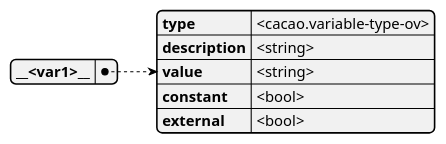
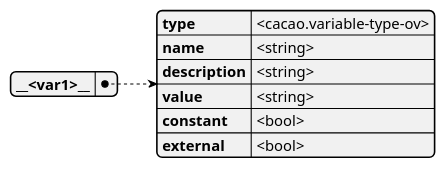
Diagram 13 of 19 in docs/content/en/docs/soarca-extensions/fin-protocol.md (COSSAS/SOARCA), drawn with PlantUML before and after one commit. The commit also changed other lines of this file, not shown here.

````diff
--- a/docs/content/en/docs/soarca-extensions/fin-protocol.md
+++ b/docs/content/en/docs/soarca-extensions/fin-protocol.md
@@ -434,13 +435,14 @@
 ```plantuml
 @startjson
 {
     "__<var1>__": {
         "type": "<cacao.variable-type-ov>",
+        "name": "<string>",
         "description": "<string>",
         "value": "<string>",
         "constant": "<bool>",
         "external": "<bool>"
         }
 }
 @endjson
 ```
````
